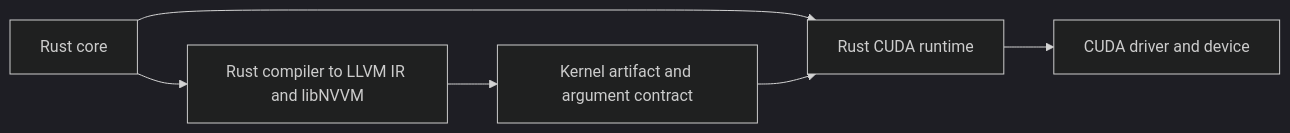
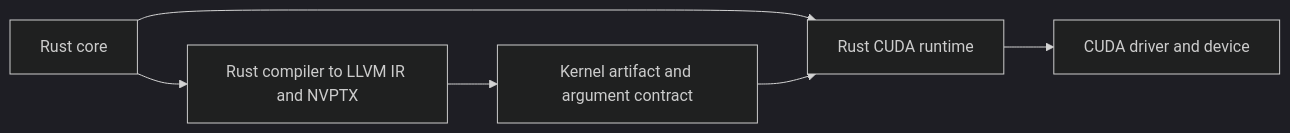
Before and after one commit to dedalus-labs/tiki: the diagram in experiments/rust_backend/ARCHITECTURE.md, drawn with Mermaid (dark theme). The commit also changed other lines of this file and 1 other file, not shown here.

Commit message:
docs(rust_backend): generate PTX with upstream LLVM NVPTX
libNVVM runs nvcc's device optimizer but is closed, so Tiki could not
read, fix, or upstream changes to its code generator. LLVM's NVPTX
backend accepts the same LLVM IR and is open, so Tiki can send fixes
upstream and vendor a pinned LLVM when a fix must ship first.

Tiki's atoms are inline PTX taken from CuTe's headers, so new hardware
instructions do not wait for NVPTX intrinsics. libNVVM compiles the
same IR in CI as a differential check.

````diff
--- a/experiments/rust_backend/ARCHITECTURE.md
+++ b/experiments/rust_backend/ARCHITECTURE.md
@@ -27,8 +27,8 @@
 ```mermaid
 flowchart LR
-    model[Rust core] --> compiler[Rust compiler to LLVM IR and libNVVM]
+    model[Rust core] --> compiler[Rust compiler to LLVM IR and NVPTX]
     compiler --> artifact[Kernel artifact and argument contract]
     model --> runtime[Rust CUDA runtime]
     artifact --> runtime
     runtime --> cuda[CUDA driver and device]
 ```
````
